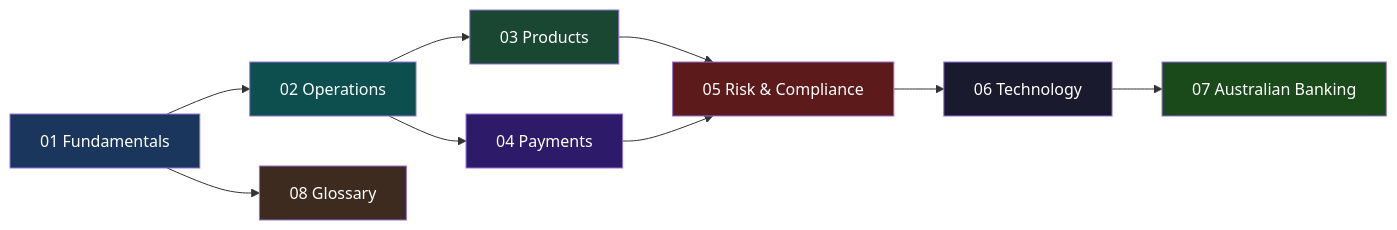
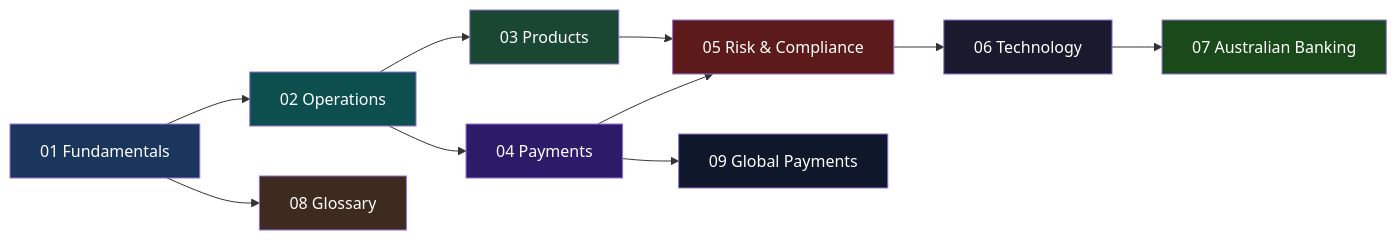
Before and after one commit to samargupta096/banking-domain: the diagram in README.md, drawn with Mermaid. The commit also changed other lines of this file and 3 other files, not shown here.

````diff
--- a/README.md
+++ b/README.md
@@ -25,19 +26,21 @@
 ```mermaid
 graph LR
     A["01 Fundamentals"] --> B["02 Operations"]
     B --> C["03 Products"]
     B --> D["04 Payments"]
     C --> E["05 Risk & Compliance"]
     D --> E
+    D --> I["09 Global Payments"]
     E --> F["06 Technology"]
     F --> G["07 Australian Banking"]
     A --> H["08 Glossary"]
     style A fill:#1a365d,color:#fff
     style B fill:#0d4f4f,color:#fff
     style C fill:#1a4731,color:#fff
     style D fill:#2d1b69,color:#fff
     style E fill:#5c1a1a,color:#fff
     style F fill:#1a1a2e,color:#fff
     style G fill:#1a4a1a,color:#fff
     style H fill:#3d2b1f,color:#fff
+    style I fill:#0f172a,color:#fff
 ```
````
